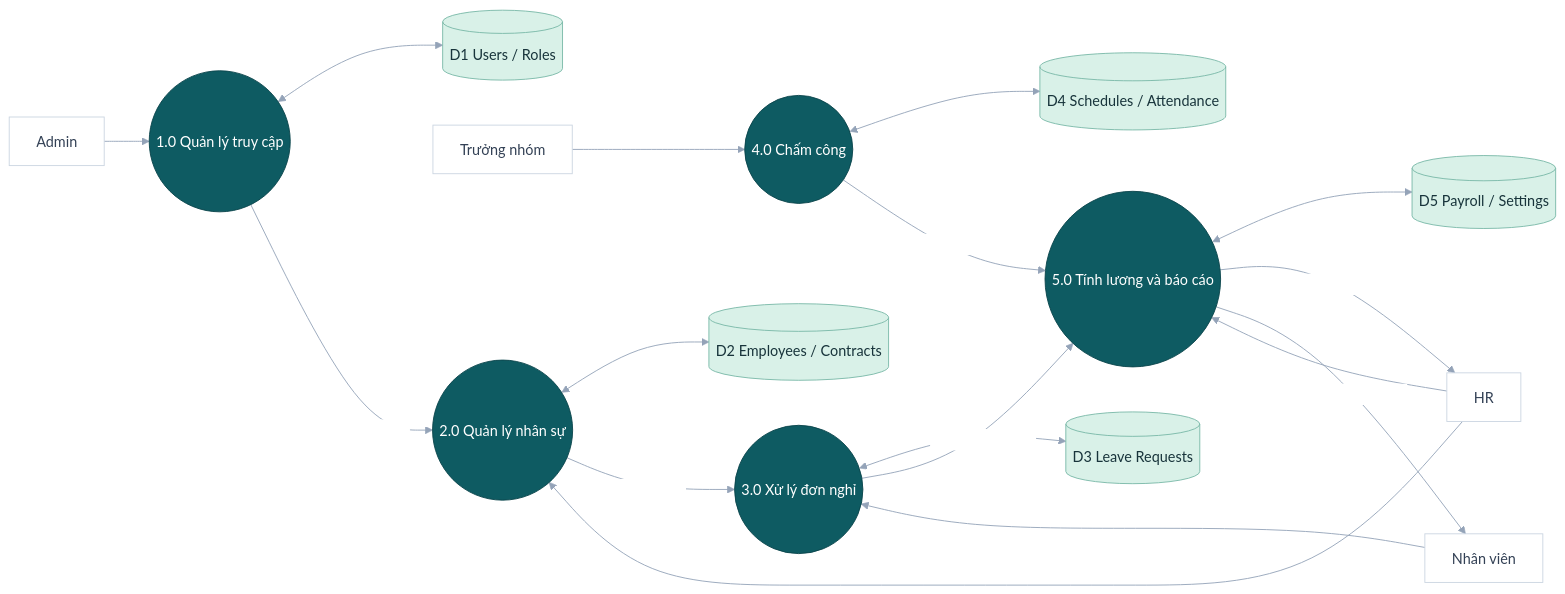
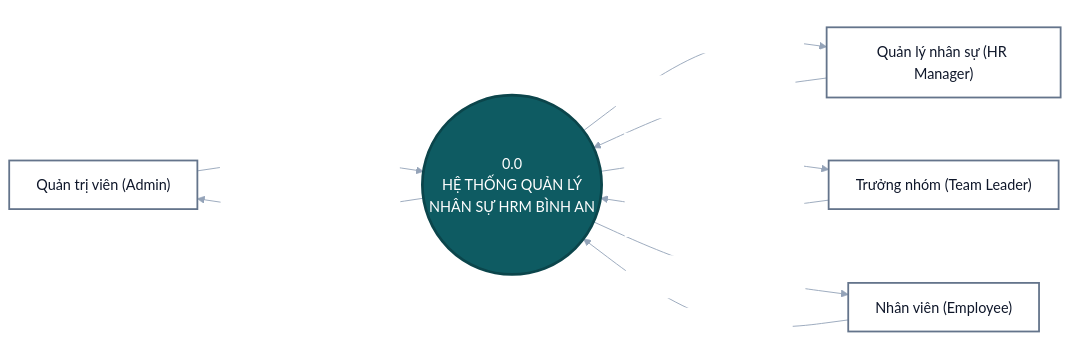
One commit to MinhQuangB25/he_thong_thong_tin changed the diagram in docs/diagrams/dfd-level-0.mmd. Above: the diagram before and after it, drawn with Mermaid. The commit also changed 137 other files, not shown here.

```diff
--- a/docs/diagrams/dfd-level-0.mmd
+++ b/docs/diagrams/dfd-level-0.mmd
@@ -1,25 +1,27 @@
-%% Diagram: DFD mức đỉnh - Luồng dữ liệu HRM
+%% Diagram: DFD Mức 0 - Sơ đồ ngữ cảnh HRM Bình An
 %%{init: {'theme': 'base', 'themeVariables': {'primaryColor': '#0e5b62', 'primaryTextColor': '#ffffff', 'primaryBorderColor': '#0b454b', 'lineColor': '#94a3b8', 'secondaryColor': '#d9f1e8', 'tertiaryColor': '#f4a261', 'background': '#ffffff', 'mainBkg': '#f8fafc', 'nodeBorder': '#cbd5e1', 'clusterBkg': '#f1f5f9', 'clusterBorder': '#e2e8f0', 'titleColor': '#18343b', 'edgeLabelBackground': '#ffffff', 'textColor': '#334155'}}}%%
 flowchart LR
-    admin[Admin] --> p1((1.0 Quản lý truy cập))
-    hr[HR] --> p2((2.0 Quản lý nhân sự))
-    employee[Nhân viên] --> p3((3.0 Xử lý đơn nghỉ))
-    leader[Trưởng nhóm] --> p4((4.0 Chấm công))
-    hr --> p5((5.0 Tính lương và báo cáo))
-    p1 <--> d1[(D1 Users / Roles)]
-    p2 <--> d2[(D2 Employees / Contracts)]
-    p3 <--> d3[(D3 Leave Requests)]
-    p4 <--> d4[(D4 Schedules / Attendance)]
-    p5 <--> d5[(D5 Payroll / Settings)]
-    p1 -->|Quyền truy cập| p2
-    p2 -->|Hồ sơ nhân sự| p3
-    p4 -->|Ngày công| p5
-    p3 -->|Ngày nghỉ hợp lệ| p5
-    p5 -->|Bảng lương / thống kê| hr
-    p5 -->|Payslip cá nhân| employee
-    classDef actorNode fill:#fff,stroke:#cbd5e1,color:#334155
-    classDef processNode fill:#0e5b62,stroke:#0b454b,color:#fff
-    classDef storeNode fill:#d9f1e8,stroke:#79b8a7,color:#18343b
-    class admin,hr,employee,leader actorNode
-    class p1,p2,p3,p4,p5 processNode
-    class d1,d2,d3,d4,d5 storeNode
+    admin["Quản trị viên (Admin)"]
+    hr["Quản lý nhân sự (HR Manager)"]
+    leader["Trưởng nhóm (Team Leader)"]
+    employee["Nhân viên (Employee)"]
+
+    hrm(("0.0<br/>HỆ THỐNG QUẢN LÝ<br/>NHÂN SỰ HRM BÌNH AN"))
+
+    admin -->|"Phân quyền, Trạng thái tài khoản"| hrm
+    hrm -->|"Danh sách người dùng, Nhật ký audit"| admin
+
+    hr -->|"Hồ sơ nhân sự, Hợp đồng, Duyệt đơn, Tính lương"| hrm
+    hrm -->|"Danh sách đơn chờ duyệt, Bảng lương, Báo cáo"| hr
+
+    leader -->|"Yêu cầu xem lịch & công nhóm"| hrm
+    hrm -->|"Lịch làm việc, Bảng công nhóm phụ trách"| leader
+
+    employee -->|"Đăng nhập, Đơn nghỉ phép, SĐT/Email cá nhân"| hrm
+    hrm -->|"Lịch cá nhân, Dữ liệu chấm công, Phiếu lương"| employee
+
+    classDef actorNode fill:#ffffff,stroke:#64748b,stroke-width:2px,color:#0f172a;
+    classDef systemNode fill:#0e5b62,stroke:#0b454b,stroke-width:3px,color:#ffffff;
+
+    class admin,hr,leader,employee actorNode;
+    class hrm systemNode;
```
